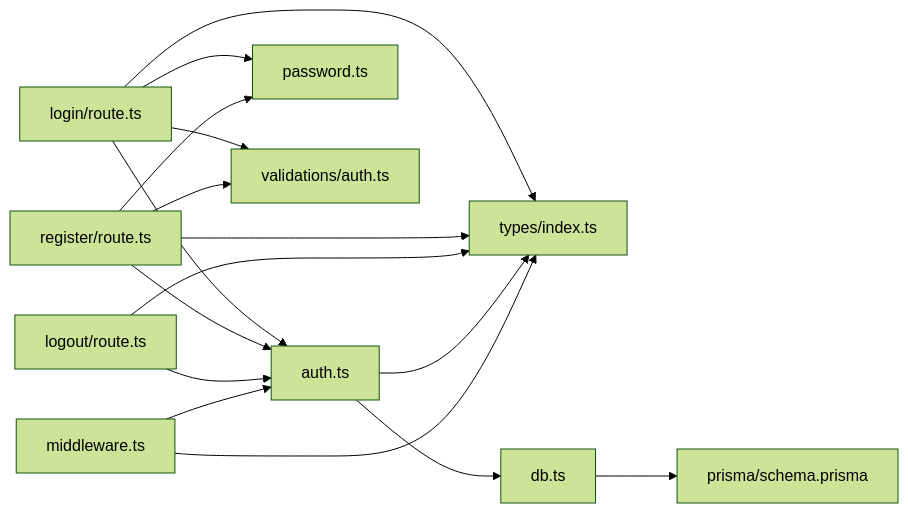
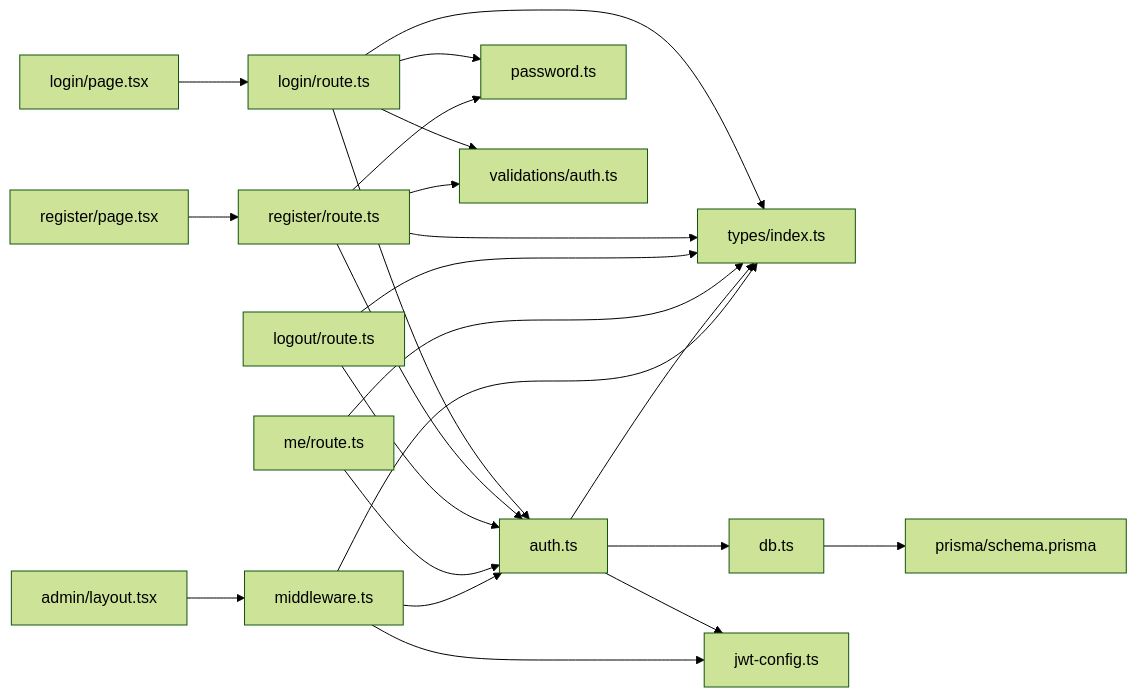
The fifth of 5 diagrams in .qoder/repowiki/zh/content/认证系统/认证系统.md (three3638-arch/celestia_2b), drawn with Mermaid (forest theme) before and after one commit. The commit also changed other lines of this file and 17 other files, not shown here.

````diff
--- a/.qoder/repowiki/zh/content/认证系统/认证系统.md
+++ b/.qoder/repowiki/zh/content/认证系统/认证系统.md
@@ -311,18 +377,25 @@
 ```mermaid
 graph LR
 LoginRoute["login/route.ts"] --> AuthLib["auth.ts"]
 LoginRoute --> PassLib["password.ts"]
 LoginRoute --> Valid["validations/auth.ts"]
 LoginRoute --> Types["types/index.ts"]
 RegisterRoute["register/route.ts"] --> AuthLib
 RegisterRoute --> PassLib
 RegisterRoute --> Valid
 RegisterRoute --> Types
 LogoutRoute["logout/route.ts"] --> AuthLib
 LogoutRoute --> Types
+MeRoute["me/route.ts"] --> AuthLib
+MeRoute --> Types
 AuthLib --> DBLib["db.ts"]
+AuthLib --> JWTConfig["jwt-config.ts"]
 AuthLib --> Types
 Middleware["middleware.ts"] --> AuthLib
+Middleware --> JWTConfig
 Middleware --> Types
 DBLib --> Schema["prisma/schema.prisma"]
+ClientLogin["login/page.tsx"] --> LoginRoute
+ClientRegister["register/page.tsx"] --> RegisterRoute
+AdminLayout["admin/layout.tsx"] --> Middleware
 ```
````
